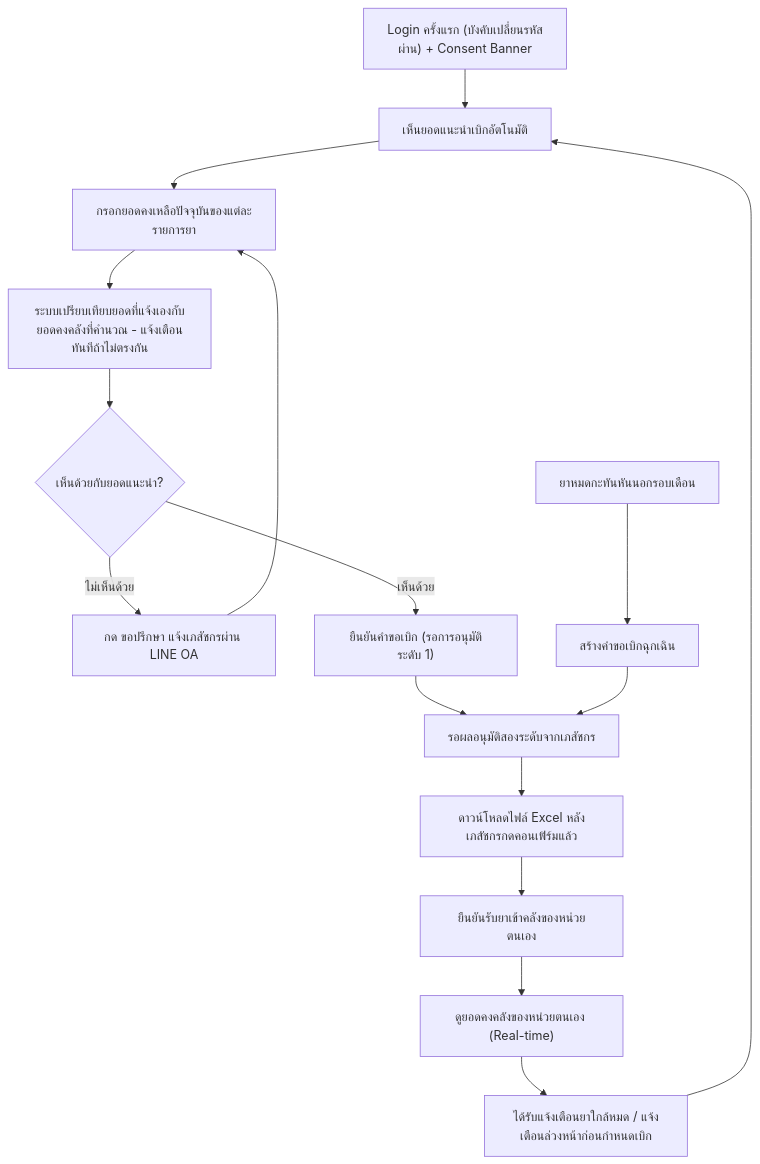
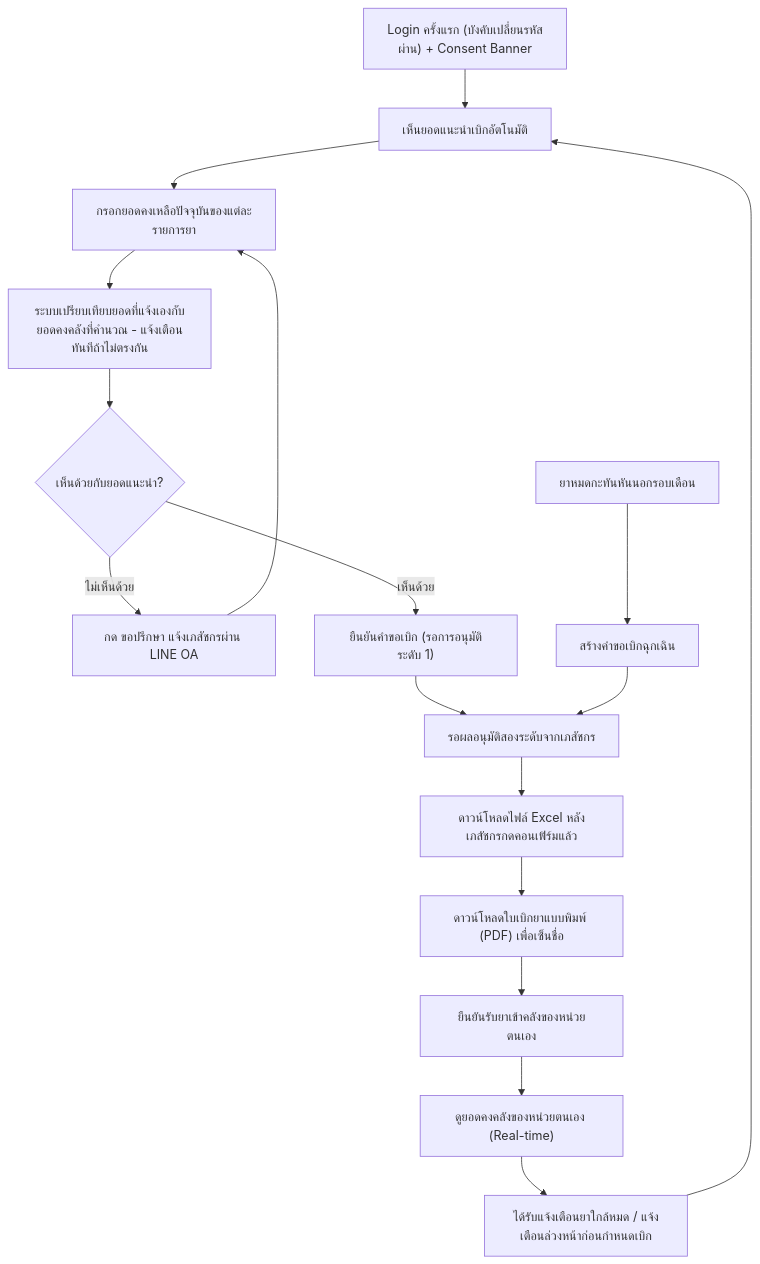
One commit to 6910127-warang/sync_smart changed the diagram in 01-requirements/03-user-journey/staff-hph-journey.md. Above: the diagram before and after it, drawn with Mermaid. The commit also changed other lines of this file and 14 other files, not shown here.

````diff
--- a/01-requirements/03-user-journey/staff-hph-journey.md
+++ b/01-requirements/03-user-journey/staff-hph-journey.md
@@ -7,18 +7,19 @@
 ```mermaid
 flowchart TD
     A["Login ครั้งแรก (บังคับเปลี่ยนรหัสผ่าน) + Consent Banner"] --> B["เห็นยอดแนะนำเบิกอัตโนมัติ"]
     B --> C["กรอกยอดคงเหลือปัจจุบันของแต่ละรายการยา"]
     C --> C2["ระบบเปรียบเทียบยอดที่แจ้งเองกับยอดคงคลังที่คำนวณ - แจ้งเตือนทันทีถ้าไม่ตรงกัน"]
     C2 --> D{"เห็นด้วยกับยอดแนะนำ?"}
     D -- "ไม่เห็นด้วย" --> E["กด ขอปรึกษา แจ้งเภสัชกรผ่าน LINE OA"]
     E --> C
     D -- "เห็นด้วย" --> F["ยืนยันคำขอเบิก (รอการอนุมัติระดับ 1)"]
     F --> G["รอผลอนุมัติสองระดับจากเภสัชกร"]
     G --> H["ดาวน์โหลดไฟล์ Excel หลังเภสัชกรกดคอนเฟิร์มแล้ว"]
-    H --> I["ยืนยันรับยาเข้าคลังของหน่วยตนเอง"]
+    H --> H2["ดาวน์โหลดใบเบิกยาแบบพิมพ์ (PDF) เพื่อเซ็นชื่อ"]
+    H2 --> I["ยืนยันรับยาเข้าคลังของหน่วยตนเอง"]
     I --> J["ดูยอดคงคลังของหน่วยตนเอง (Real-time)"]
     J --> K["ได้รับแจ้งเตือนยาใกล้หมด / แจ้งเตือนล่วงหน้าก่อนกำหนดเบิก"]
     K --> B
     L["ยาหมดกะทันหันนอกรอบเดือน"] --> M["สร้างคำขอเบิกฉุกเฉิน"]
     M --> G
 ```
````
